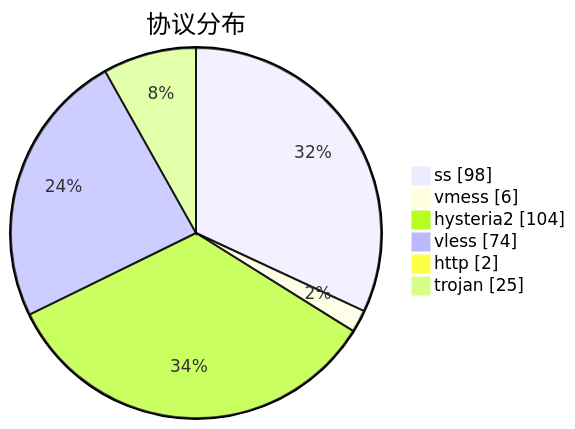
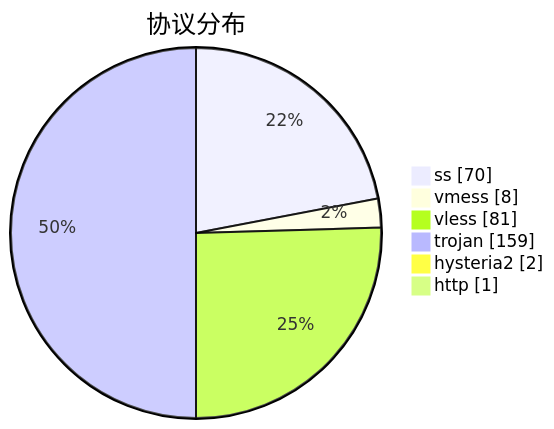
The third of 3 diagrams in subs/statistics/tested_within.md (sinspired/airport), drawn with Mermaid before and after one commit. The commit also changed other lines of this file and 2 other files, not shown here.

````diff
--- a/subs/statistics/tested_within.md
+++ b/subs/statistics/tested_within.md
@@ -38,10 +43,10 @@
 ```mermaid
 pie showData
 title 协议分布
-"ss" : 98
-"vmess" : 6
-"hysteria2" : 104
-"vless" : 74
-"http" : 2
-"trojan" : 25
+"ss" : 70
+"vmess" : 8
+"vless" : 81
+"trojan" : 159
+"hysteria2" : 2
+"http" : 1
 ```
````
